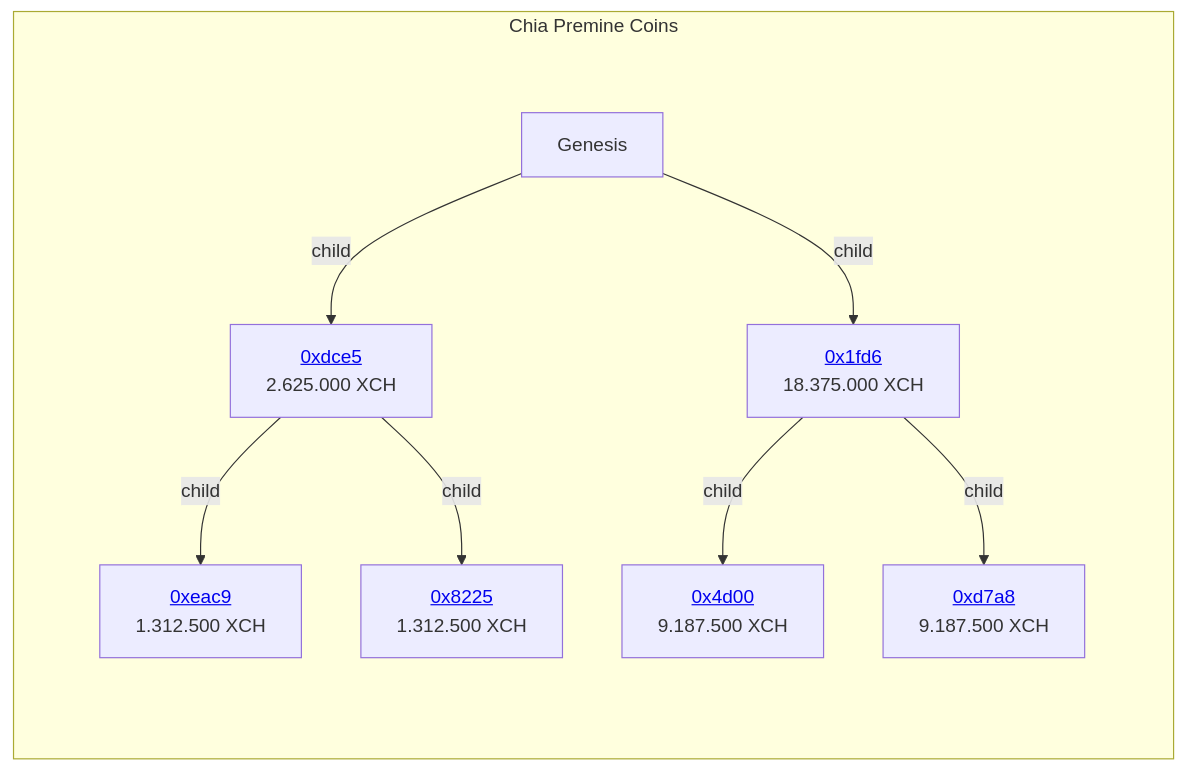
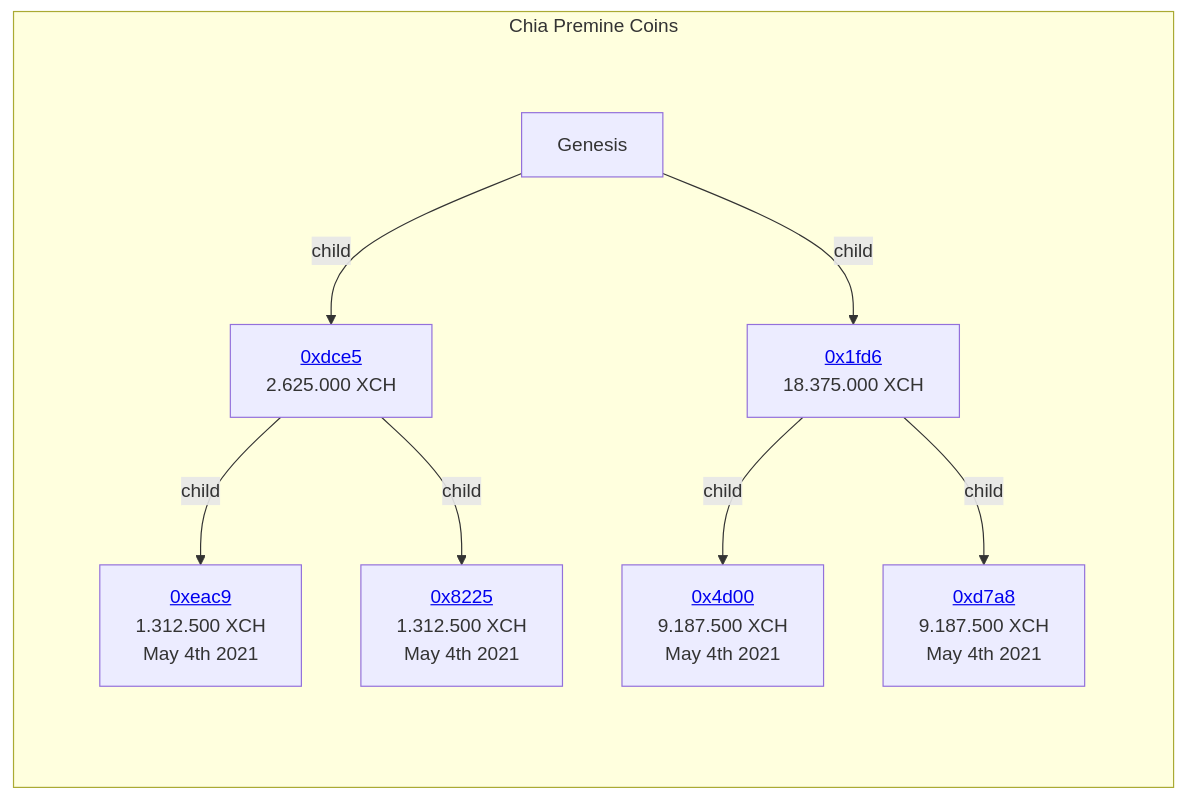
The diagram in docs/chia/chia_premine.md (RudolfAchter/blockchain-stuff), drawn with Mermaid before and after one commit. The commit also changed other lines of this file, not shown here.

Commit message:
update: doc

````diff
--- a/docs/chia/chia_premine.md
+++ b/docs/chia/chia_premine.md
@@ -16,31 +16,31 @@
 ```mermaid
 flowchart TD
   subgraph sub01["Chia Premine Coins"]
     subgraph padding01[ ]
 
       genesis["Genesis"]
       genesis --child--> 0xdce5 & 0x1fd6
 
       0xdce5["<a href='https://xchscan.com/txns/0xdce550a4341e5ec31c7e3fe5c6ab9801c66ed02689725939537d8d4492465800'>0xdce5</a><br>2.625.000 XCH"]
 
       0xdce5 --child--> 0xeac9 & 0x8225
 
-        0xeac9["<a href='https://xchscan.com/txns/0xeac9be36298887f751fa7f7367a27ab12c72360ebf7a78ee4fcfb96db121a3b7'>0xeac9</a><br>1.312.500 XCH"]
+        0xeac9["<a href='https://xchscan.com/txns/0xeac9be36298887f751fa7f7367a27ab12c72360ebf7a78ee4fcfb96db121a3b7'>0xeac9</a><br>1.312.500 XCH<br>May 4th 2021"]
         
-        0x8225["<a href='https://xchscan.com/txns/0x8225b3a9538238c170bbd79632604e075f7357621bbd846f50b1aa6d6cfa95e0'>0x8225</a><br>1.312.500 XCH"]
+        0x8225["<a href='https://xchscan.com/txns/0x8225b3a9538238c170bbd79632604e075f7357621bbd846f50b1aa6d6cfa95e0'>0x8225</a><br>1.312.500 XCH<br>May 4th 2021"]
 
 
       0x1fd6["<a href='https://xchscan.com/txns/0x1fd60c070e821d785b65e10e5135e52d12c8f4d902a506f48bc1c5268b7bb45b'>0x1fd6</a><br>18.375.000 XCH"]
 
       0x1fd6 --child--> 0x4d00 & 0xd7a8
 
-        0x4d00["<a href='https://xchscan.com/txns/0x4d0012503cb0b31947ed582881e59d334b667a0b4c96ac86c4f540c850055a22'>0x4d00</a><br>9.187.500 XCH"]
+        0x4d00["<a href='https://xchscan.com/txns/0x4d0012503cb0b31947ed582881e59d334b667a0b4c96ac86c4f540c850055a22'>0x4d00</a><br>9.187.500 XCH<br>May 4th 2021"]
         
-        0xd7a8["<a href='https://xchscan.com/txns/0xd7a81eece6b0450c9eaf3b3a9cdbff5bde0f1e51f1f18fcf50cc533296cb04b6'>0xd7a8</a><br>9.187.500 XCH"]
+        0xd7a8["<a href='https://xchscan.com/txns/0xd7a81eece6b0450c9eaf3b3a9cdbff5bde0f1e51f1f18fcf50cc533296cb04b6'>0xd7a8</a><br>9.187.500 XCH<br>May 4th 2021"]
 
     end
   end
 
   classDef padding fill:none,stroke:none
   class padding01,padding02,padding03 padding
 ```
````
